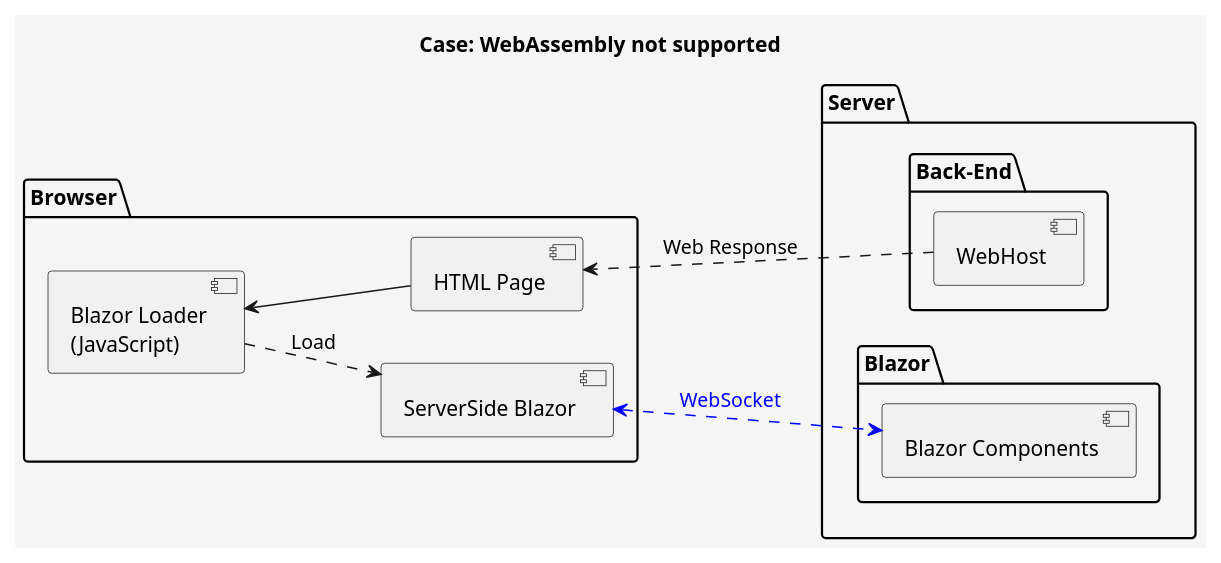
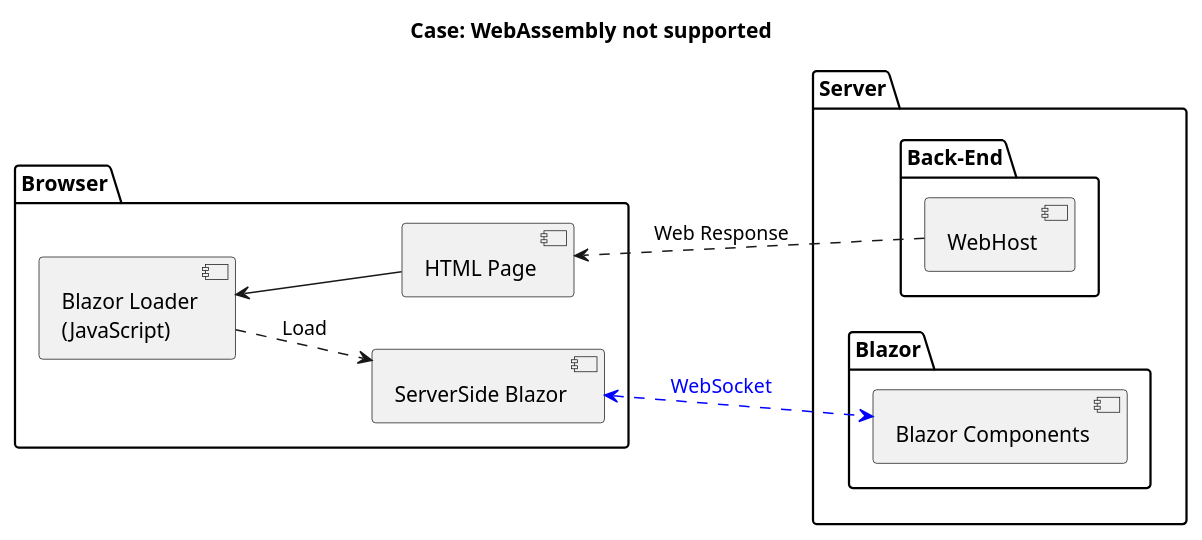
The diagram in doc/diagrams/NotWasm-Components.puml (isc30/instant-blazor), drawn with PlantUML before and after one commit. The commit also changed 3 other files, not shown here.

Commit message:
fix diagrams

```diff
--- a/doc/diagrams/NotWasm-Components.puml
+++ b/doc/diagrams/NotWasm-Components.puml
@@ -1,35 +1,34 @@
 @startuml
 
 title Case: WebAssembly not supported
-left to right direction
 
 skinparam componentStyle uml2
-skinparam backgroundColor WhiteSmoke
+left to right direction
 
 package "Server" {
 
     package "Blazor" {
         component "Blazor Components" as BlazorComponents
     }
 
     package "Back-End" as BackEnd {
         component "WebHost" as Host
     }
 
 }
 
 package "Browser" as FrontEnd {
 
     component "HTML Page" as Html
     component "Blazor Loader\n(JavaScript)" as Loader
     component "ServerSide Blazor" as BlazorServer
 
 }
 
 Host .> Html : Web Response
 Loader <-- Html
 
 Loader ..> BlazorServer : Load
 BlazorServer <.[#blue].> BlazorComponents : <color blue>WebSocket</color>
 
 @enduml
```
